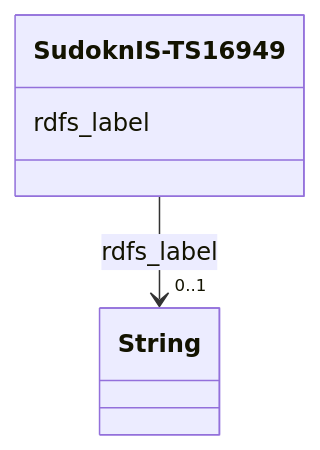
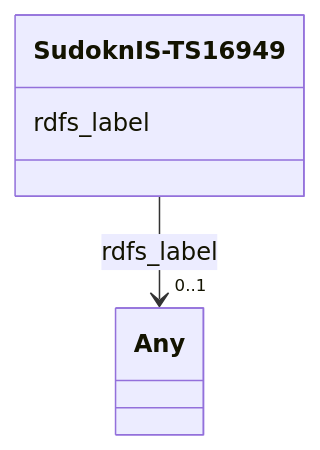
Before and after one commit to frink-okn/graph-descriptions: the diagram in sudokn-kg/classes/SudoknIS-TS16949.md, drawn with Mermaid. The commit also changed other lines of this file and 903 other files, not shown here.

````diff
--- a/sudokn-kg/classes/SudoknIS-TS16949.md
+++ b/sudokn-kg/classes/SudoknIS-TS16949.md
@@ -23,15 +18,15 @@
 ```mermaid
  classDiagram
     class SudoknIS-TS16949
     click SudoknIS-TS16949 href "../SudoknIS-TS16949"
       SudoknIS-TS16949 : rdfs_label
         
           
     
     
-    SudoknIS-TS16949 --> "0..1" String : rdfs_label
-    click String href "../String"
+    SudoknIS-TS16949 --> "0..1" Any : rdfs_label
+    click Any href "../Any"
 
         
       
 ```
````
